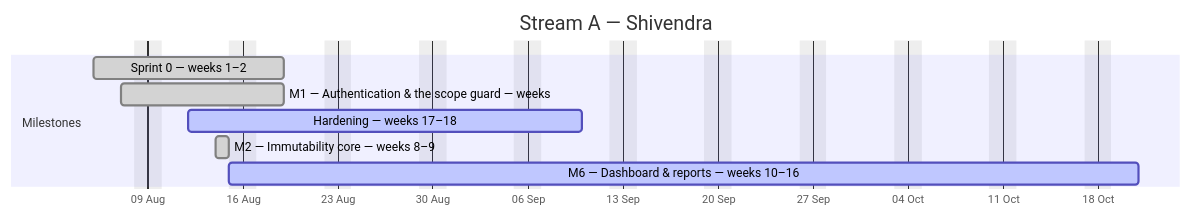
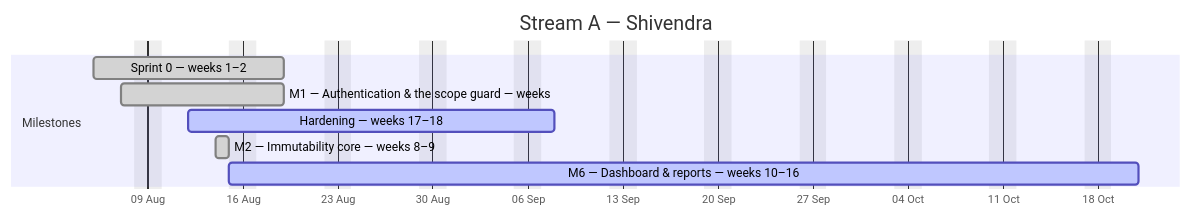
One commit to debashisedunext/EduTrack changed the first of 4 diagrams in docs/plan/GANTT.md. Above: the diagram before and after it, drawn with Mermaid. The commit also changed other lines of this file and 3 other files, not shown here.

````diff
--- a/docs/plan/GANTT.md
+++ b/docs/plan/GANTT.md
@@ -111,13 +111,13 @@
 ```mermaid
 gantt
     dateFormat YYYY-MM-DD
     axisFormat %d %b
     title Stream A — Shivendra
     excludes weekends
     section Milestones
     Sprint 0 — weeks 1–2 :done, a0, 2026-08-05, 10d
     M1 — Authentication & the scope guard — weeks :done, a1, 2026-08-07, 8d
-    Hardening — weeks 17–18 :active, a2, 2026-08-12, 21d
+    Hardening — weeks 17–18 :active, a2, 2026-08-12, 19d
     M2 — Immutability core — weeks 8–9 :done, a3, 2026-08-14, 1d
     M6 — Dashboard & reports — weeks 10–16 :active, a4, 2026-08-15, 48d
 ```
````
